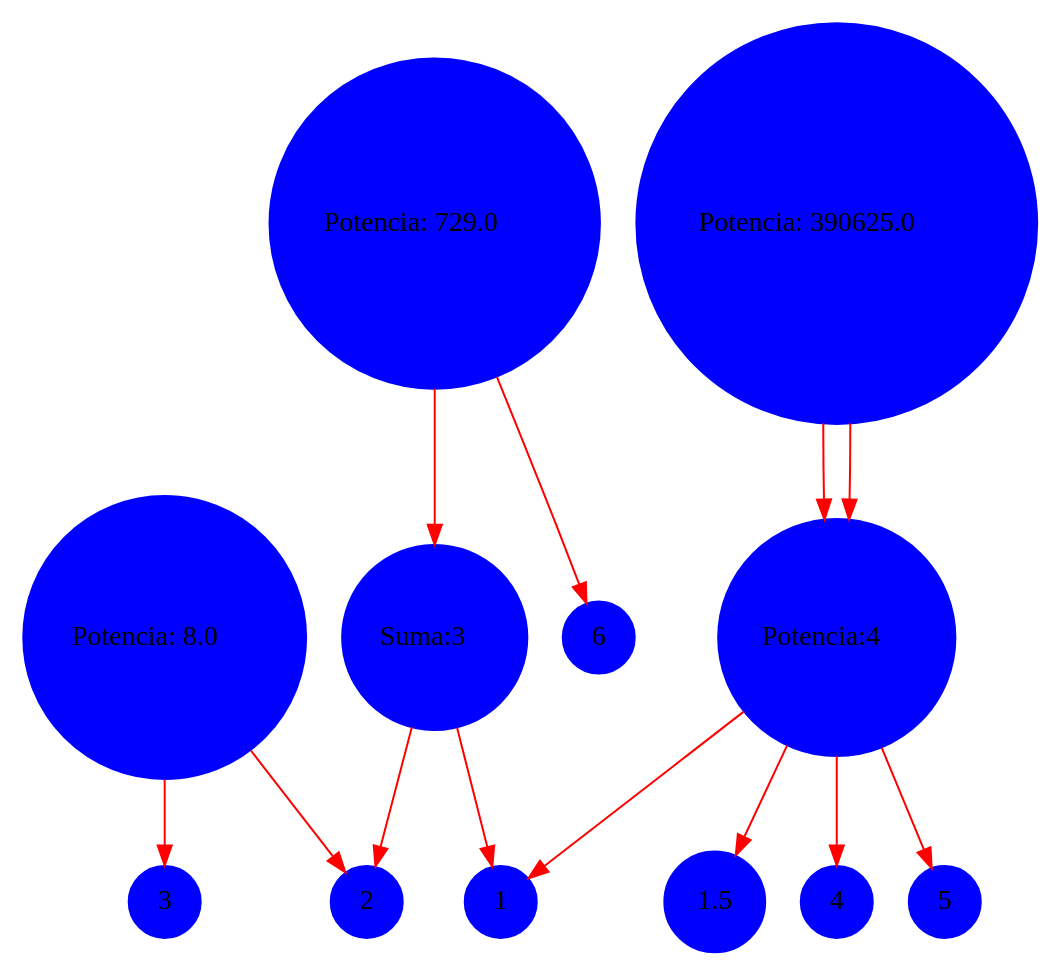
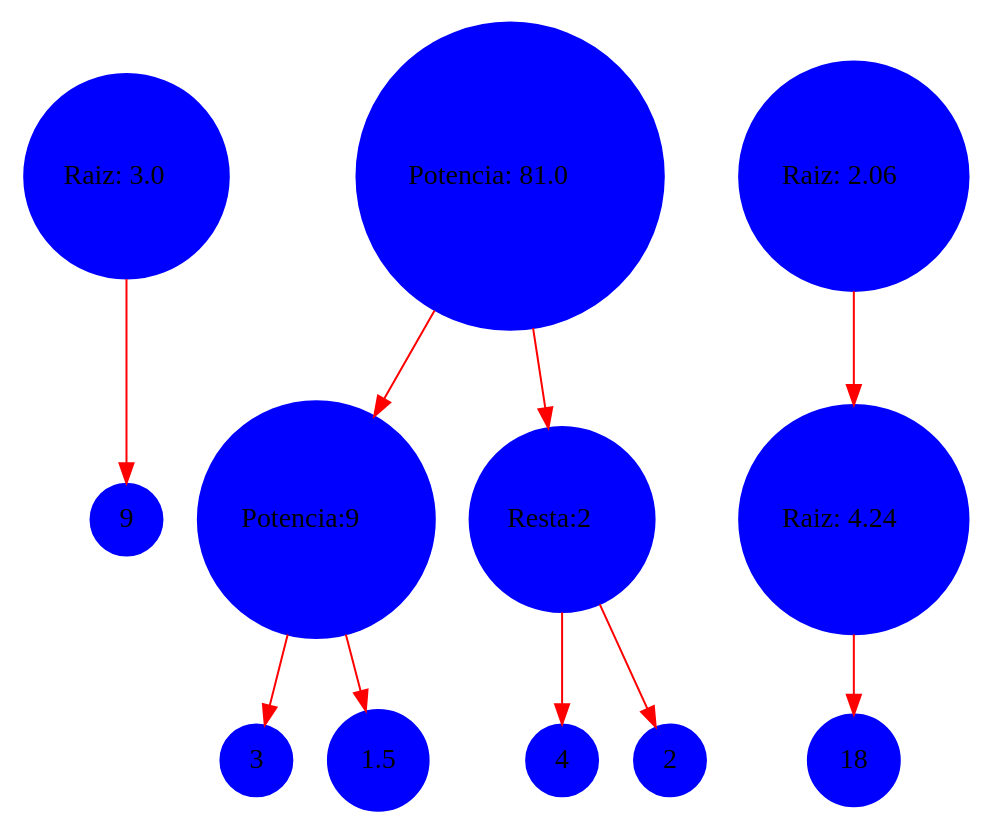
The diagram in Documentacion/grafo.dot (Jhonsagui81/-LFP-royecto1_202106003), drawn with Graphviz before and after one commit. The commit also changed 4 other files, not shown here.

```diff
--- a/Documentacion/grafo.dot
+++ b/Documentacion/grafo.dot
@@ -1,30 +1,24 @@
 digraph {
 	rankdir=TB
-	2 [shape=circle style=filled color = blue]
- 	potencia1 -> 2 [shape=record color=red]
-	3 [shape=circle style=filled color = blue]
- 	potencia1 -> 3 [shape=record color=red]
-	potencia1 [shape=circle style=filled color = blue, label=<Potencia: 8.0>]
- 	5 [shape=circle style=filled color = blue]
- 	Potencia102 -> 5 [shape=record color=red]
+	9 [shape=circle style=filled color = blue]
+ 	raiz1 -> 9 [shape=record color=red]
+	raiz1 [shape=circle style=filled color = blue, label=<Raiz: 3.0>]
+ 	3 [shape=circle style=filled color = blue]
+ 	Potencia102 -> 3 [shape=record color=red]
 	1.5 [shape=circle style=filled color = blue]
  	Potencia102 -> 1.5 [shape=record color=red]
-	Potencia102 [shape=circle style=filled color = blue, label=<Potencia:25>]
+	Potencia102 [shape=circle style=filled color = blue, label=<Potencia:9>]
  	potencia2 -> Potencia102 [shape=record color=red]
 	4 [shape=circle style=filled color = blue]
- 	Potencia102 -> 4 [shape=record color=red]
-	1 [shape=circle style=filled color = blue]
- 	Potencia102 -> 1 [shape=record color=red]
-	Potencia102 [shape=circle style=filled color = blue, label=<Potencia:4>]
- 	potencia2 -> Potencia102 [shape=record color=red]
-	potencia2 [shape=circle style=filled color = blue, label=<Potencia: 390625.0>]
- 	1 [shape=circle style=filled color = blue]
- 	Suma103 -> 1 [shape=record color=red]
+ 	Resta102 -> 4 [shape=record color=red]
 	2 [shape=circle style=filled color = blue]
- 	Suma103 -> 2 [shape=record color=red]
-	Suma103 [shape=circle style=filled color = blue, label=<Suma:3>]
- 	potencia3 -> Suma103 [shape=record color=red]
-	6 [shape=circle style=filled color = blue]
- 	potencia3 -> 6 [shape=record color=red]
-	potencia3 [shape=circle style=filled color = blue, label=<Potencia: 729.0>]
+ 	Resta102 -> 2 [shape=record color=red]
+	Resta102 [shape=circle style=filled color = blue, label=<Resta:2>]
+ 	potencia2 -> Resta102 [shape=record color=red]
+	potencia2 [shape=circle style=filled color = blue, label=<Potencia: 81.0>]
+ 	18 [shape=circle style=filled color = blue]
+ 	Raiz103 -> 18 [shape=record color=red]
+	Raiz103 [shape=circle style=filled color = blue, label=<Raiz: 4.24>]
+ 	raiz3 -> Raiz103 [shape=record color=red]
+	raiz3 [shape=circle style=filled color = blue, label=<Raiz: 2.06>]
  }
```
